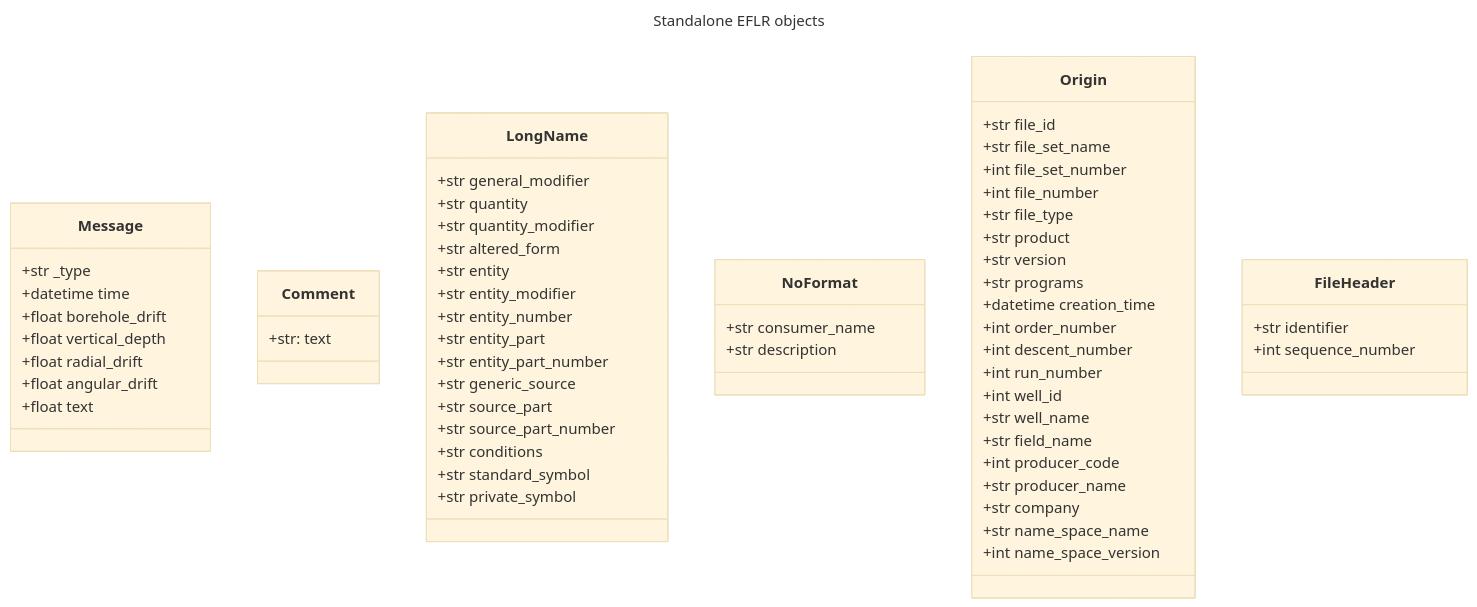
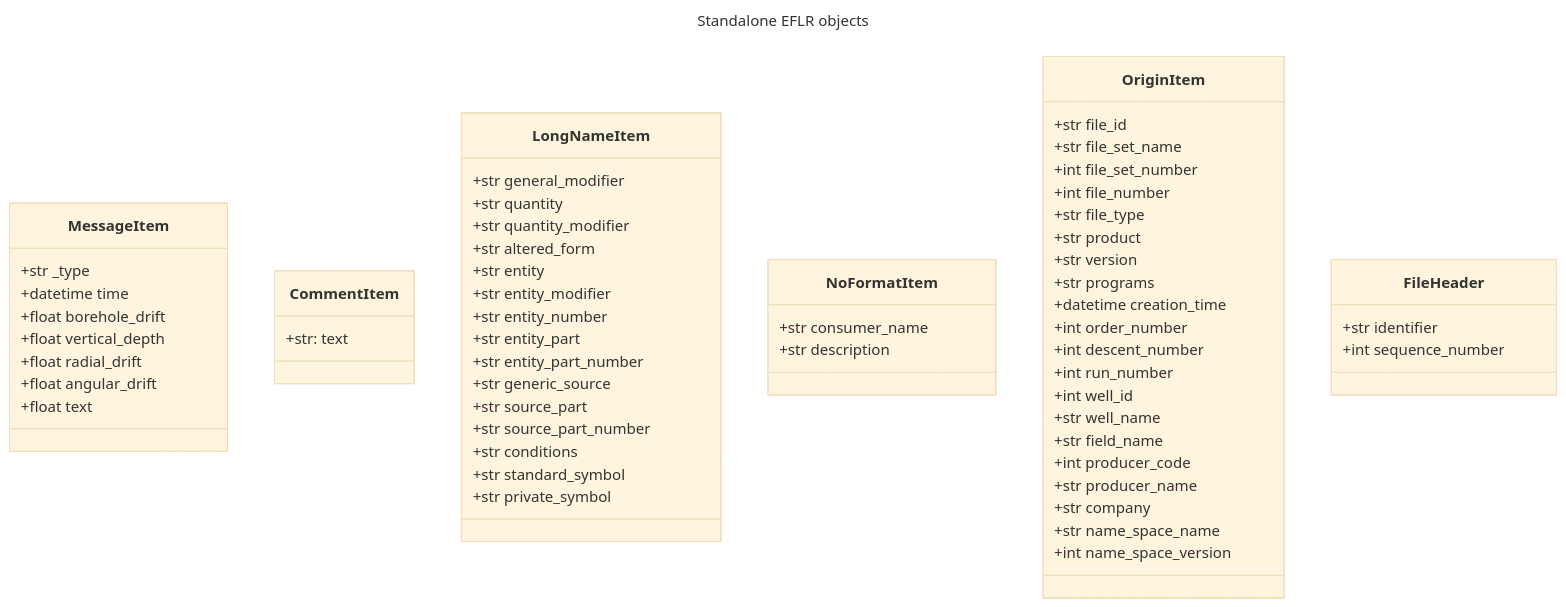
Before and after one commit to well-id/dliswriter: the second of 5 diagrams in README.md, drawn with Mermaid (base theme). The commit also changed other lines of this file, not shown here.

Commit message:
[README] Updated class names in the class diagrams

````diff
--- a/README.md
+++ b/README.md
@@ -369,74 +369,74 @@
 ```mermaid
 ---
 title: Standalone EFLR objects
 ---
 classDiagram
 
-    class Message{
+    class MessageItem{
         +str _type
         +datetime time
         +float borehole_drift
         +float vertical_depth
         +float radial_drift
         +float angular_drift
         +float text
     }
     
-    class Comment{
+    class CommentItem{
         +str: text
     }
     
-    class LongName{
+    class LongNameItem{
         +str general_modifier
         +str quantity
         +str quantity_modifier
         +str altered_form
         +str entity
         +str entity_modifier
         +str entity_number
         +str entity_part
         +str entity_part_number
         +str generic_source
         +str source_part
         +str source_part_number
         +str conditions
         +str standard_symbol
         +str private_symbol
     }
     
-    class NoFormat{
+    class NoFormatItem{
         +str consumer_name
         +str description
     }
     
-    class Origin{
+    class OriginItem{
         +str file_id
         +str file_set_name
         +int file_set_number
         +int file_number
         +str file_type
         +str product
         +str version
         +str programs
         +datetime creation_time
         +int order_number
         +int descent_number
         +int run_number
         +int well_id
         +str well_name
         +str field_name
         +int producer_code
         +str producer_name
         +str company
         +str name_space_name
         +int name_space_version
 
     }
     
     class FileHeader{
         +str identifier
         +int sequence_number
     }
     
     
 ```
````
